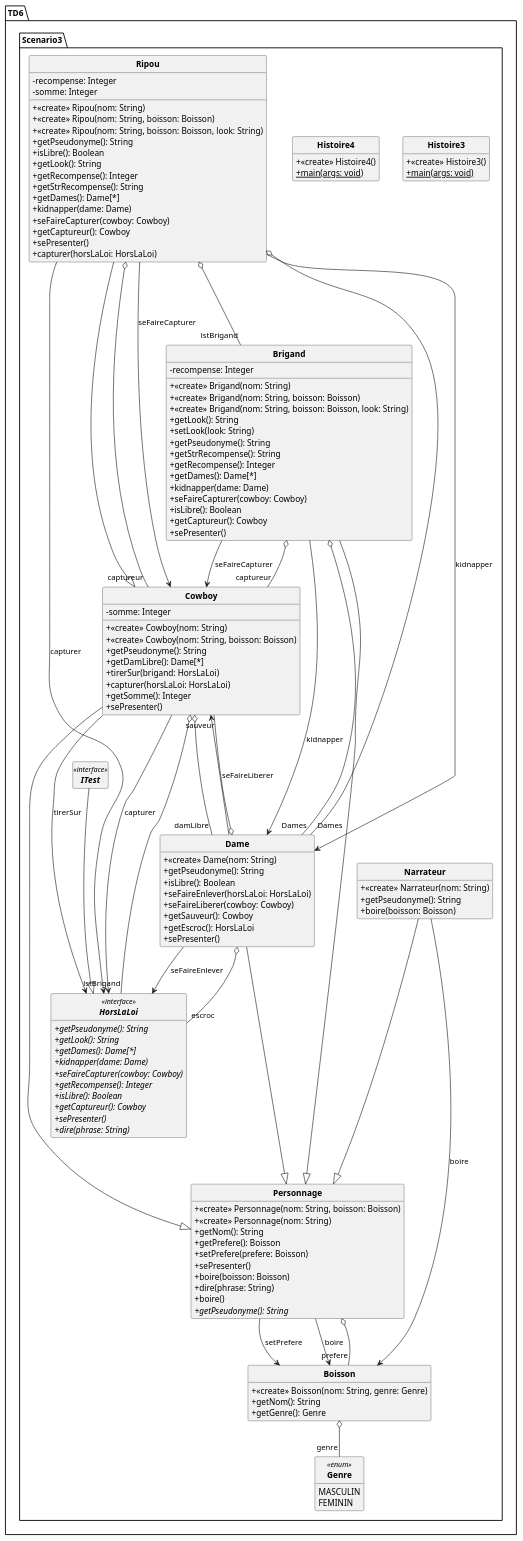
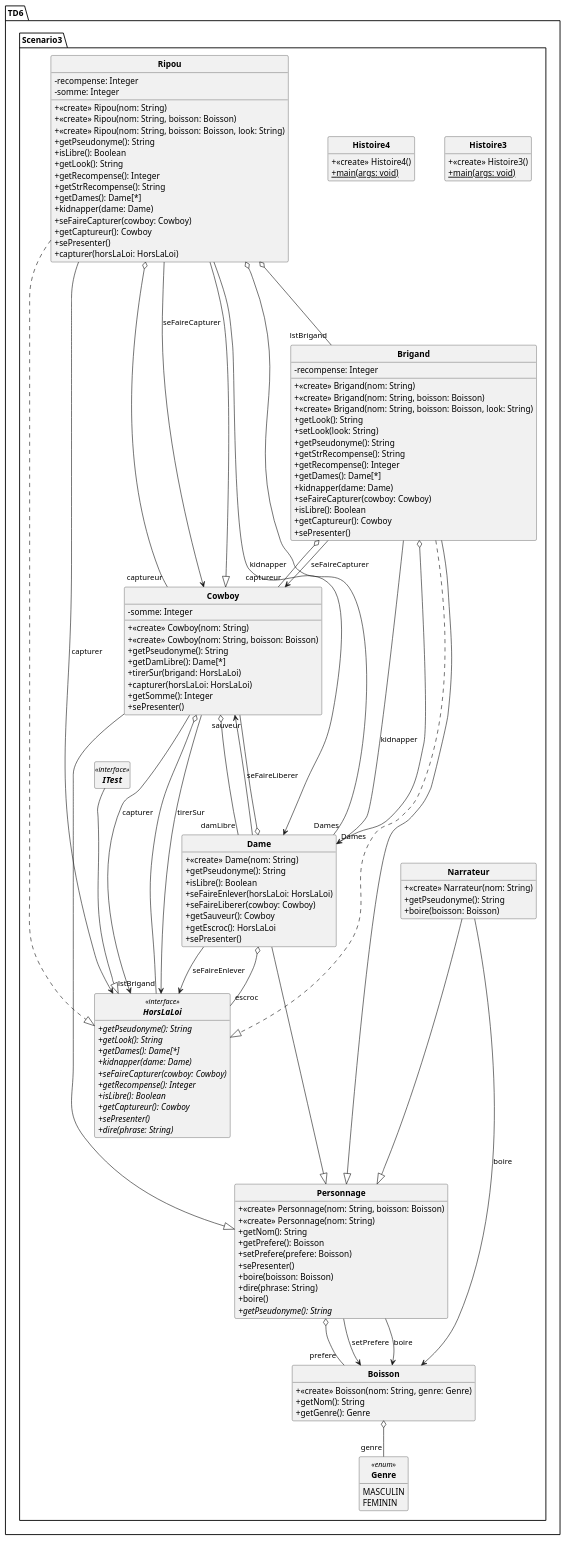
The diagram in uml/DC_Western.puml (SylvainSchaefer/Java-to-PUML), drawn with PlantUML before and after one commit. The commit also changed 2 other files, not shown here.

```diff
--- a/uml/DC_Western.puml
+++ b/uml/DC_Western.puml
@@ -1,187 +1,198 @@
 @startuml
 'https://plantuml.com/class-diagram
 skinparam style strictuml
 skinparam classAttributeIconSize 0
 skinparam classFontStyle Bold
 hide empty members
 
 Class TD6.Scenario3.Boisson{
 + <<create>> Boisson(nom: String, genre: Genre)
 
 
 + getNom(): String
 + getGenre(): Genre
 
 }
+
 TD6.Scenario3.Boisson o-- "genre"TD6.Scenario3.Genre
 
 
 Class TD6.Scenario3.Brigand{
 + <<create>> Brigand(nom: String)
 + <<create>> Brigand(nom: String, boisson: Boisson)
 + <<create>> Brigand(nom: String, boisson: Boisson, look: String)
 - recompense: Integer
 
 
 
 
 + getLook(): String
 + setLook(look: String)
 + getPseudonyme(): String
 + getStrRecompense(): String
 + getRecompense(): Integer
 + getDames(): Dame[*]
 + kidnapper(dame: Dame)
 + seFaireCapturer(cowboy: Cowboy)
 + isLibre(): Boolean
 + getCaptureur(): Cowboy
 + sePresenter()
 
 }
+TD6.Scenario3.Brigand ..|> TD6.Scenario3.HorsLaLoi
+
 TD6.Scenario3.Brigand o-- "captureur"TD6.Scenario3.Cowboy
 TD6.Scenario3.Brigand o--- "Dames"TD6.Scenario3.Dame
 TD6.Scenario3.Brigand --> TD6.Scenario3.Dame: kidnapper
 TD6.Scenario3.Brigand --> TD6.Scenario3.Cowboy: seFaireCapturer
 
 TD6.Scenario3.Brigand ---|> TD6.Scenario3.Personnage
 Class TD6.Scenario3.Cowboy{
 + <<create>> Cowboy(nom: String)
 + <<create>> Cowboy(nom: String, boisson: Boisson)
 - somme: Integer
 
 
 + getPseudonyme(): String
 + getDamLibre(): Dame[*]
 + tirerSur(brigand: HorsLaLoi)
 + capturer(horsLaLoi: HorsLaLoi)
 + getSomme(): Integer
 + sePresenter()
 
 }
+
 TD6.Scenario3.Cowboy o--- "lstBrigand"TD6.Scenario3.HorsLaLoi
 TD6.Scenario3.Cowboy o--- "damLibre"TD6.Scenario3.Dame
 TD6.Scenario3.Cowboy --> TD6.Scenario3.HorsLaLoi: tirerSur
 TD6.Scenario3.Cowboy --> TD6.Scenario3.HorsLaLoi: capturer
 
 TD6.Scenario3.Cowboy ---|> TD6.Scenario3.Personnage
 Class TD6.Scenario3.Dame{
 + <<create>> Dame(nom: String)
 
 
 
 + getPseudonyme(): String
 + isLibre(): Boolean
 + seFaireEnlever(horsLaLoi: HorsLaLoi)
 + seFaireLiberer(cowboy: Cowboy)
 + getSauveur(): Cowboy
 + getEscroc(): HorsLaLoi
 + sePresenter()
 
 }
+
 TD6.Scenario3.Dame o-- "sauveur"TD6.Scenario3.Cowboy
 TD6.Scenario3.Dame o-- "escroc"TD6.Scenario3.HorsLaLoi
 TD6.Scenario3.Dame --> TD6.Scenario3.HorsLaLoi: seFaireEnlever
 TD6.Scenario3.Dame --> TD6.Scenario3.Cowboy: seFaireLiberer
 
 TD6.Scenario3.Dame ---|> TD6.Scenario3.Personnage
 Enum TD6.Scenario3.Genre<<enum>> {
 MASCULIN
 FEMININ
 
 }
 Class TD6.Scenario3.Histoire3{
 + <<create>> Histoire3()
 {static} + main(args: void)
 
 }
 
 
+
 Class TD6.Scenario3.Histoire4{
 + <<create>> Histoire4()
 {static} + main(args: void)
 
 }
+
 
 
 Interface TD6.Scenario3.HorsLaLoi<<interface>> {
 {abstract} + getPseudonyme(): String
 {abstract} + getLook(): String
 {abstract} + getDames(): Dame[*]
 {abstract} + kidnapper(dame: Dame)
 {abstract} + seFaireCapturer(cowboy: Cowboy)
 {abstract} + getRecompense(): Integer
 {abstract} + isLibre(): Boolean
 {abstract} + getCaptureur(): Cowboy
 {abstract} + sePresenter()
 {abstract} + dire(phrase: String)
 
 }
 
 Interface TD6.Scenario3.ITest<<interface>> {
 
 }
 TD6.Scenario3.ITest ---|> TD6.Scenario3.HorsLaLoi
 
 Class TD6.Scenario3.Narrateur{
 + <<create>> Narrateur(nom: String)
 + getPseudonyme(): String
 + boire(boisson: Boisson)
 
 }
+
 TD6.Scenario3.Narrateur --> TD6.Scenario3.Boisson: boire
 
 TD6.Scenario3.Narrateur ---|> TD6.Scenario3.Personnage
 Class TD6.Scenario3.Personnage{
 + <<create>> Personnage(nom: String, boisson: Boisson)
 + <<create>> Personnage(nom: String)
 
 
 + getNom(): String
 + getPrefere(): Boisson
 + setPrefere(prefere: Boisson)
 + sePresenter()
 + boire(boisson: Boisson)
 + dire(phrase: String)
 + boire()
 {abstract} + getPseudonyme(): String
 
 }
+
 TD6.Scenario3.Personnage o-- "prefere"TD6.Scenario3.Boisson
 TD6.Scenario3.Personnage --> TD6.Scenario3.Boisson: setPrefere
 TD6.Scenario3.Personnage --> TD6.Scenario3.Boisson: boire
 
 
 Class TD6.Scenario3.Ripou{
 + <<create>> Ripou(nom: String)
 + <<create>> Ripou(nom: String, boisson: Boisson)
 + <<create>> Ripou(nom: String, boisson: Boisson, look: String)
 - recompense: Integer
 - somme: Integer
 
 
 
 
 
 + getPseudonyme(): String
 + isLibre(): Boolean
 + getLook(): String
 + getRecompense(): Integer
 + getStrRecompense(): String
 + getDames(): Dame[*]
 + kidnapper(dame: Dame)
 + seFaireCapturer(cowboy: Cowboy)
 + getCaptureur(): Cowboy
 + sePresenter()
 + capturer(horsLaLoi: HorsLaLoi)
 
 }
+TD6.Scenario3.Ripou ..|> TD6.Scenario3.HorsLaLoi
+
 TD6.Scenario3.Ripou o--- "lstBrigand"TD6.Scenario3.Brigand
 TD6.Scenario3.Ripou o--- "Dames"TD6.Scenario3.Dame
 TD6.Scenario3.Ripou o-- "captureur"TD6.Scenario3.Cowboy
 TD6.Scenario3.Ripou --> TD6.Scenario3.Dame: kidnapper
 TD6.Scenario3.Ripou --> TD6.Scenario3.Cowboy: seFaireCapturer
 TD6.Scenario3.Ripou --> TD6.Scenario3.HorsLaLoi: capturer
 
 TD6.Scenario3.Ripou ---|> TD6.Scenario3.Cowboy
 
 @enduml
```
